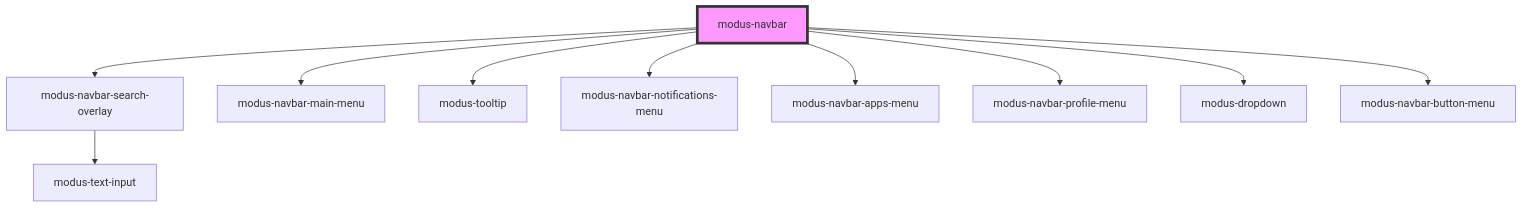
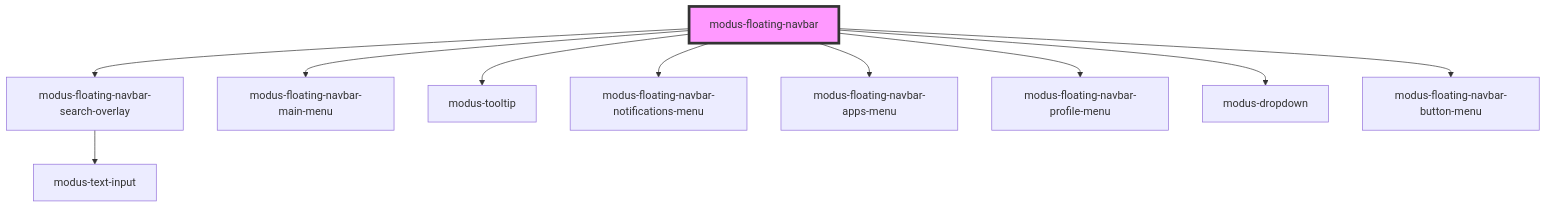
The diagram in stencil-workspace/src/components/modus-floating-navbar/readme.md (trimble-oss/modus-web-components), drawn with Mermaid before and after one commit. The commit also changed other lines of this file and 48 other files, not shown here.

Commit message:
Modified floating navbar component

````diff
--- a/stencil-workspace/src/components/modus-floating-navbar/readme.md
+++ b/stencil-workspace/src/components/modus-floating-navbar/readme.md
@@ -83,13 +83,13 @@
 ```mermaid
 graph TD;
-  modus-navbar --> modus-navbar-search-overlay
-  modus-navbar --> modus-navbar-main-menu
-  modus-navbar --> modus-tooltip
-  modus-navbar --> modus-navbar-notifications-menu
-  modus-navbar --> modus-navbar-apps-menu
-  modus-navbar --> modus-navbar-profile-menu
-  modus-navbar --> modus-dropdown
-  modus-navbar --> modus-navbar-button-menu
-  modus-navbar-search-overlay --> modus-text-input
-  style modus-navbar fill:#f9f,stroke:#333,stroke-width:4px
+  modus-floating-navbar --> modus-floating-navbar-search-overlay
+  modus-floating-navbar --> modus-floating-navbar-main-menu
+  modus-floating-navbar --> modus-tooltip
+  modus-floating-navbar --> modus-floating-navbar-notifications-menu
+  modus-floating-navbar --> modus-floating-navbar-apps-menu
+  modus-floating-navbar --> modus-floating-navbar-profile-menu
+  modus-floating-navbar --> modus-dropdown
+  modus-floating-navbar --> modus-floating-navbar-button-menu
+  modus-floating-navbar-search-overlay --> modus-text-input
+  style modus-floating-navbar fill:#f9f,stroke:#333,stroke-width:4px
 ```
````
